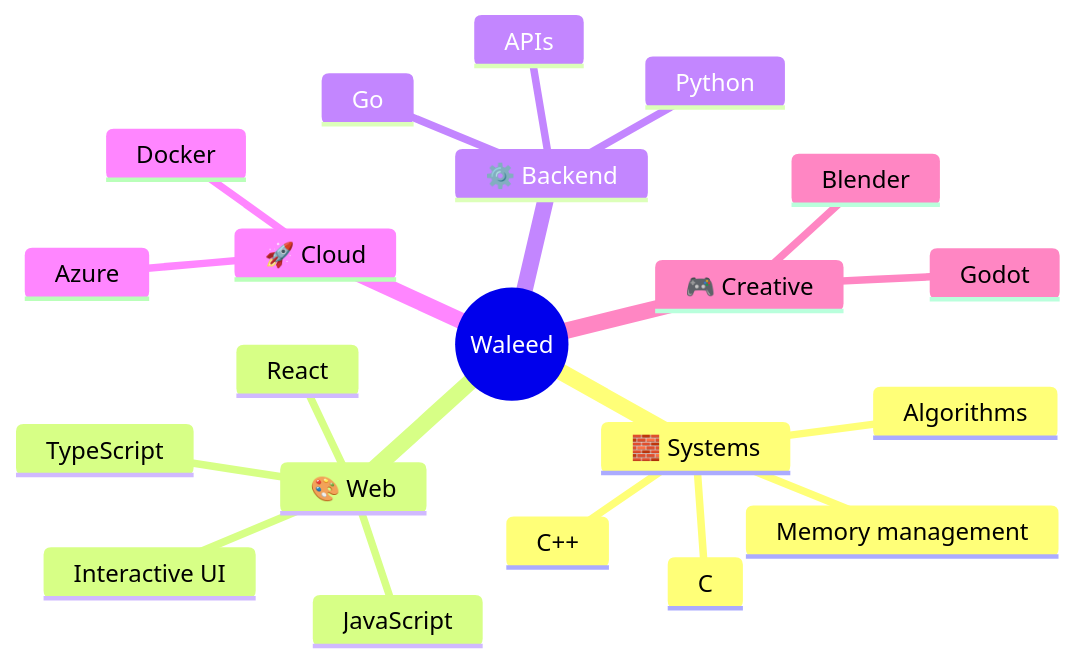
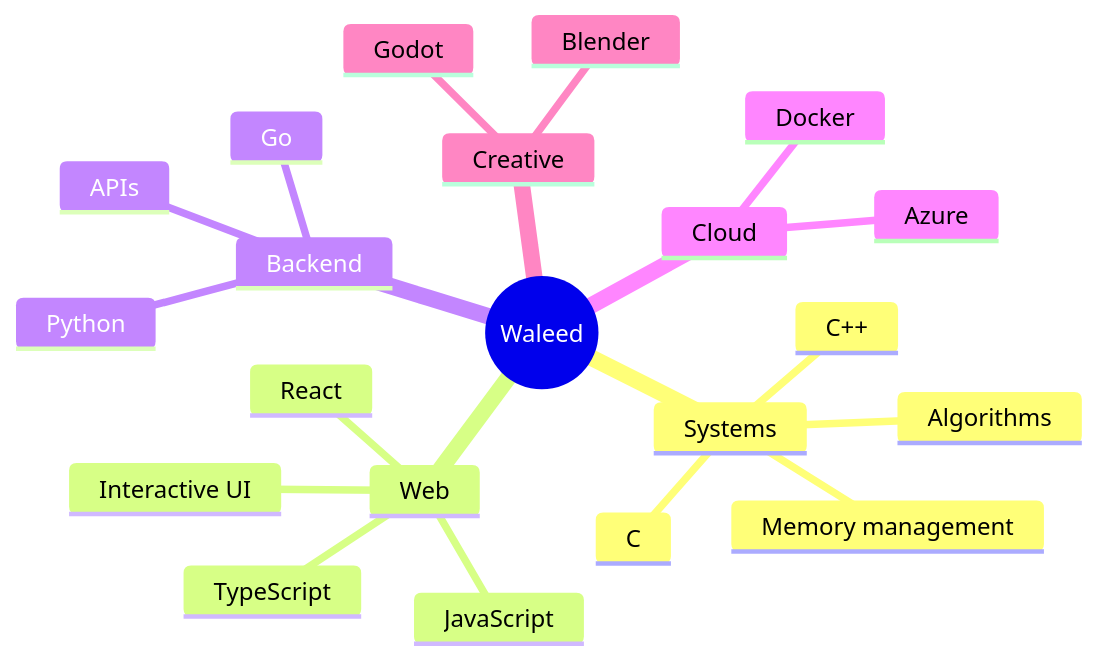
One commit to Torutu/Torutu changed the diagram in README.md. Above: the diagram before and after it, drawn with Mermaid. The commit also changed other lines of this file, not shown here.

````diff
--- a/README.md
+++ b/README.md
@@ -59,24 +59,24 @@
 ```mermaid
 mindmap
   root((Waleed))
-    🧱 Systems
+    Systems
       C
       C++
       Memory management
       Algorithms
-    🎨 Web
+    Web
       React
       TypeScript
       JavaScript
       Interactive UI
-    ⚙️ Backend
+    Backend
       Go
       Python
       APIs
-    🚀 Cloud
+    Cloud
       Docker
       Azure
-    🎮 Creative
+    Creative
       Godot
       Blender
 ```
````
